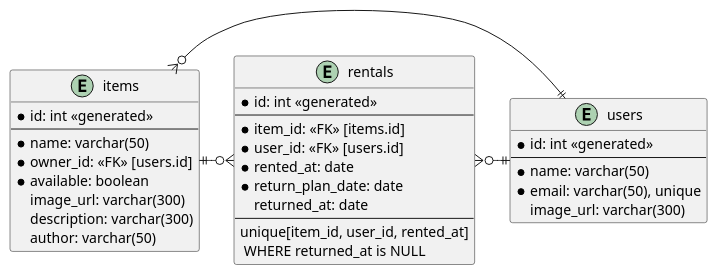
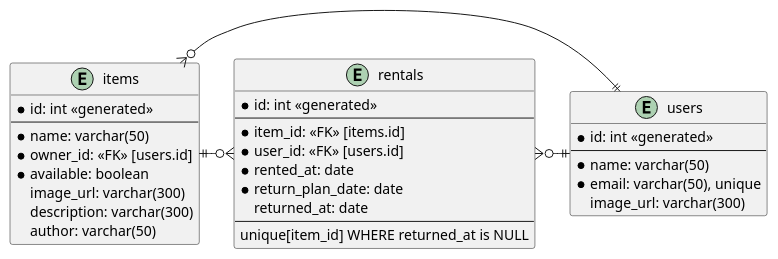
One commit to naoyuki1115/chan-kari changed the diagram in docs/er_diagram/er_diagram.pu. Above: the diagram before and after it, drawn with PlantUML. The commit also changed 1 other file, not shown here.

Commit message:
Modify unique constraint

```diff
--- a/docs/er_diagram/er_diagram.pu
+++ b/docs/er_diagram/er_diagram.pu
@@ -1,36 +1,36 @@
 @startuml
 entity "users" {
   * id: int <<generated>>
   --
   * name: varchar(50)
   * email: varchar(50), unique
     image_url: varchar(300)
 }
 
 entity "items" {
   *id: int <<generated>>
   --
   * name: varchar(50)
   * owner_id: <<FK>> [users.id]
   * available: boolean
     image_url: varchar(300)
     description: varchar(300)
     author: varchar(50)
 }
 
 entity "rentals" {
   * id: int <<generated>>
   --
   * item_id: <<FK>> [items.id]
   * user_id: <<FK>> [users.id]
   * rented_at: date
   * return_plan_date: date
   returned_at: date
   --
-  unique[item_id, user_id, rented_at]\n WHERE returned_at is NULL
+  unique[item_id] WHERE returned_at is NULL
 }
 
 users ||-l-o{ rentals
 items ||-r-o{ rentals
 users ||-l-o{ items
 @enduml
```
